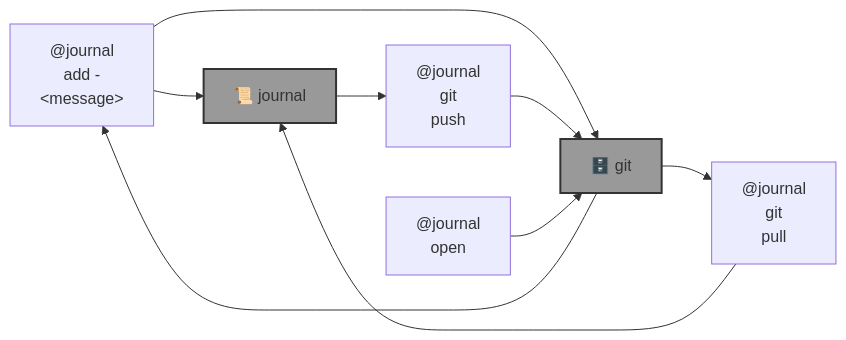
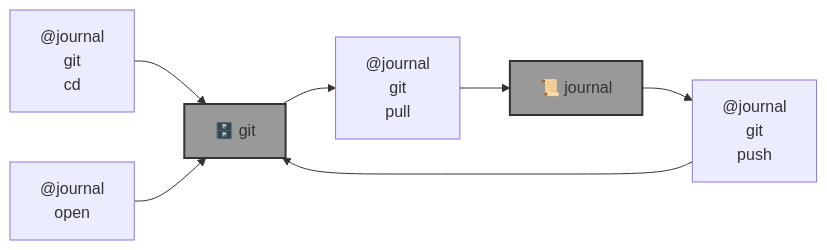
The diagram in README.md (kamangir/bluer-journal), drawn with Mermaid before and after one commit. The commit also changed other lines of this file and 13 other files, not shown here.

````diff
--- a/README.md
+++ b/README.md
@@ -5,28 +5,26 @@
 ```mermaid
 graph LR
 
-    journal_add["@journal<br>add -<br>&lt;message&gt;"]
+    journal_git_cd["@journal<br>git<br>cd"]
 
     journal_git_pull["@journal<br>git<br>pull"]
 
     journal_git_push["@journal<br>git<br>push"]
 
     journal_open["@journal<br>open"]
 
     journal["📜 journal"]:::folder
     git["🗄️ git"]:::folder
 
-    git --> journal_add
-    journal_add --> journal
-    journal_add --> git
+    journal_git_cd --> git
 
     git --> journal_git_pull
     journal_git_pull --> journal
 
     journal --> journal_git_push
     journal_git_push --> git
 
     journal_open --> git
 
     classDef folder fill:#999,stroke:#333,stroke-width:2px;
 ```
````
